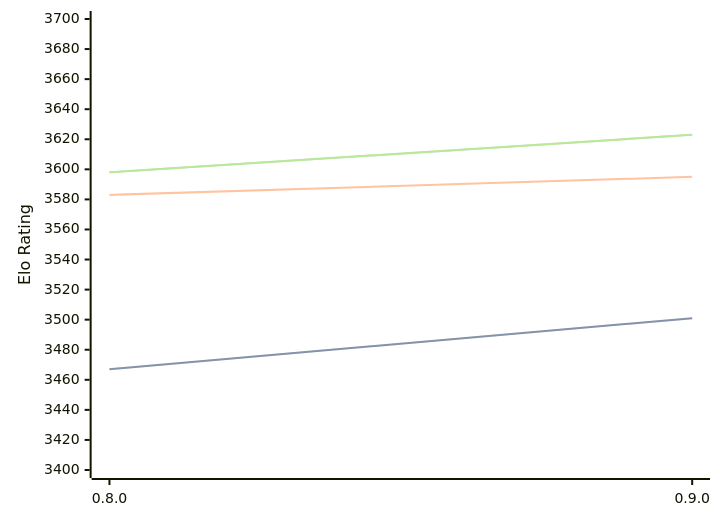
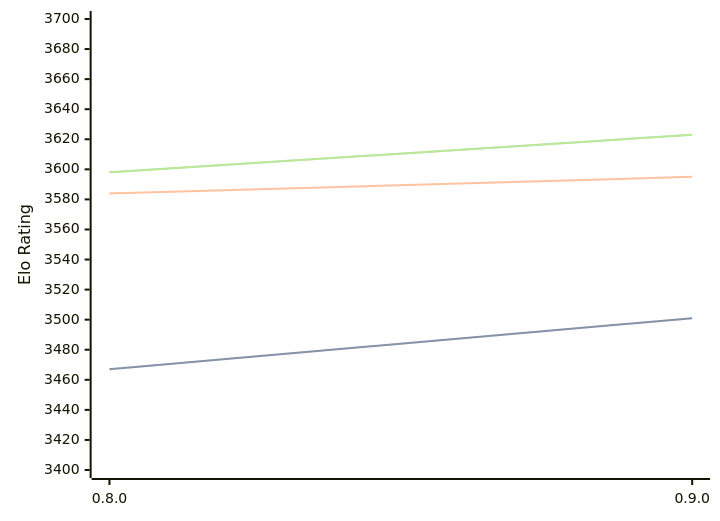
One commit to computer-chess-index/cci changed the diagram in engines/Reckless.md. Above: the diagram before and after it, drawn with Mermaid. The commit also changed other lines of this file, not shown here.

````diff
--- a/engines/Reckless.md
+++ b/engines/Reckless.md
@@ -39,11 +39,11 @@
 ```mermaid
 %%{init: {"theme":"base","themeVariables":{"seriesColors:['#a3a3a3','#222221','#faa371']}}}%%
 xychart-beta
   x-axis ["0.8.0", "0.9.0"]
   y-axis "Elo Rating" 3400 --> 3700
   line "STC (8.0+0.08s)" [3467, 3501]
   line "STC (8.0+0.08s)" [3467, 3501]
-  line "LTC (60.0+0.60s)" [3583, 3595]
+  line "LTC (60.0+0.60s)" [3584, 3595]
   line "VLTC (2m24s+1.12s)" [3598, 3623]
   line "VLTC (2m24s+1.12s)" [3598, 3623]
 ```
````
